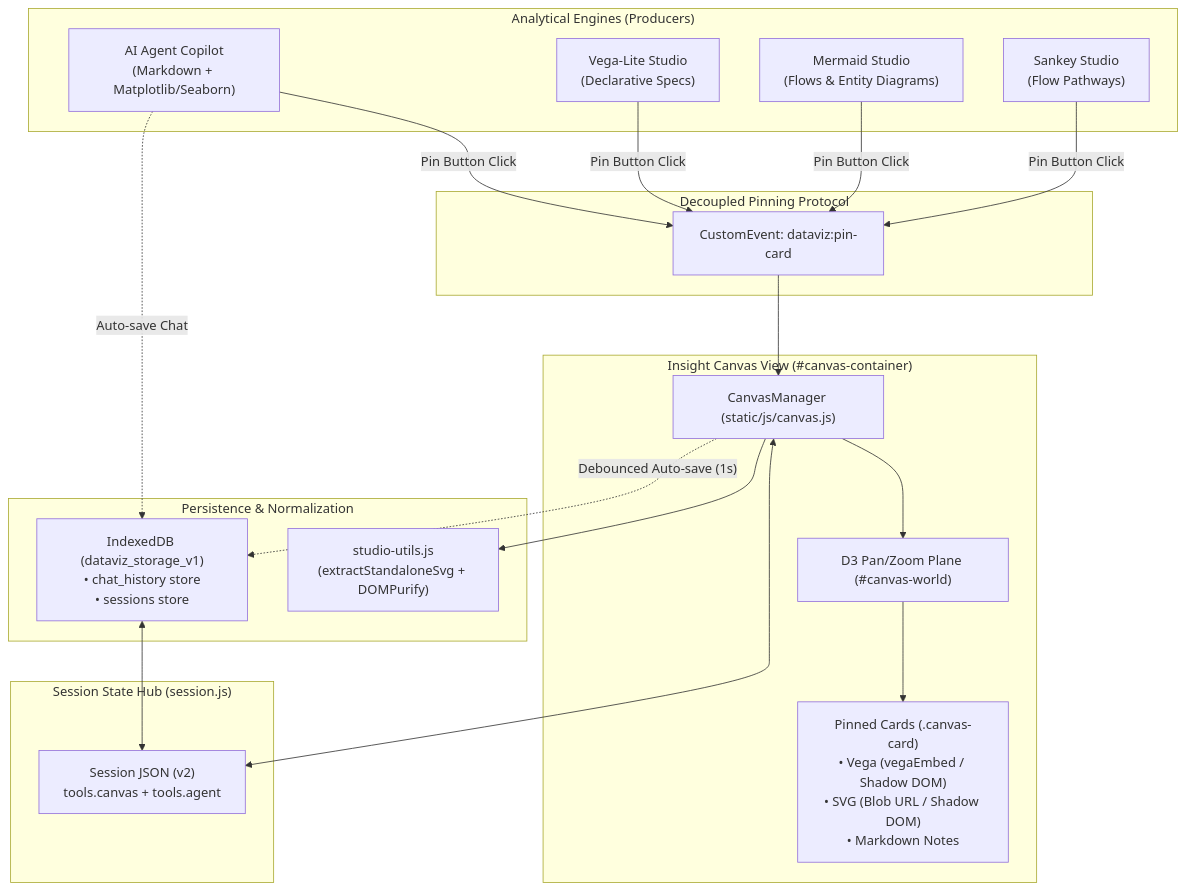
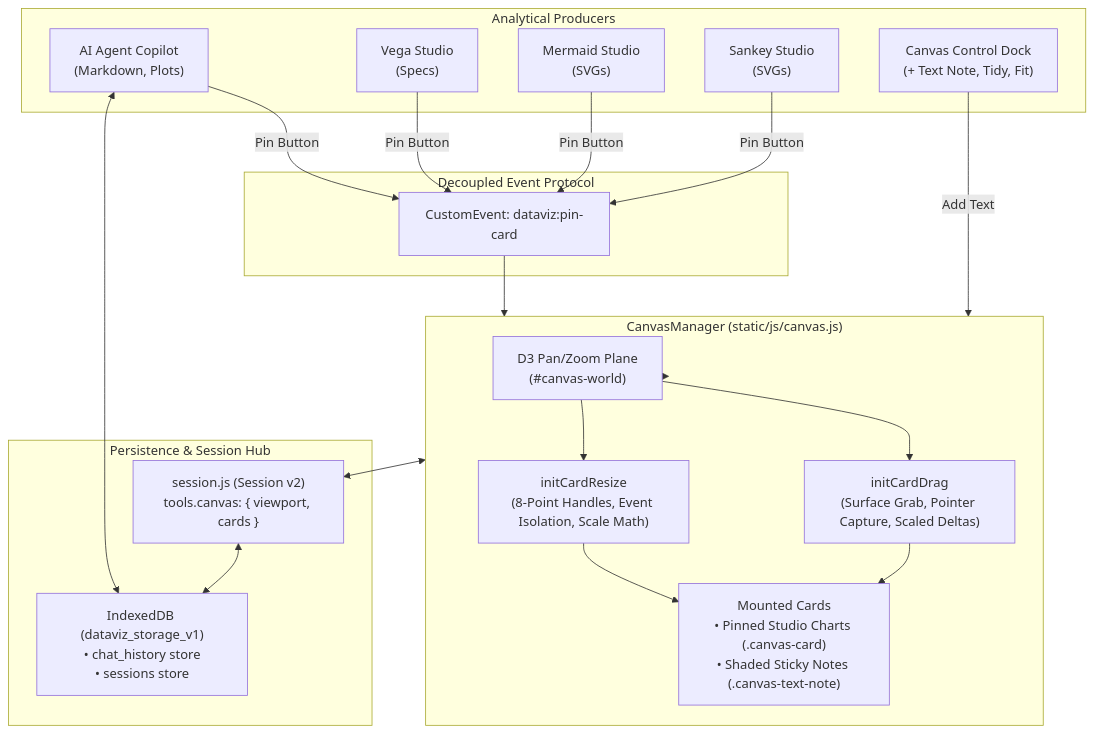
The diagram in design_draft.md (albortino/dataviz-agent), drawn with Mermaid before and after one commit. The commit also changed other lines of this file and 2 other files, not shown here.

Commit message:
docs(canvas): finalize design with Obsidian-style sticky notes and 8-point resizing

````diff
--- a/design_draft.md
+++ b/design_draft.md
@@ -83,44 +96,43 @@
 ```mermaid
 flowchart TD
-    subgraph DataSources["Analytical Engines (Producers)"]
-        AgentChat["AI Agent Copilot<br/>(Markdown + Matplotlib/Seaborn)"]
-        VegaStudio["Vega-Lite Studio<br/>(Declarative Specs)"]
-        MermaidStudio["Mermaid Studio<br/>(Flows & Entity Diagrams)"]
-        SankeyStudio["Sankey Studio<br/>(Flow Pathways)"]
+    subgraph Producers["Analytical Producers"]
+        AgentChat["AI Agent Copilot<br/>(Markdown, Plots)"]
+        VegaStudio["Vega Studio<br/>(Specs)"]
+        MermaidStudio["Mermaid Studio<br/>(SVGs)"]
+        SankeyStudio["Sankey Studio<br/>(SVGs)"]
+        Dock["Canvas Control Dock<br/>(+ Text Note, Tidy, Fit)"]
     end
 
-    subgraph EventBus["Decoupled Pinning Protocol"]
+    subgraph EventBus["Decoupled Event Protocol"]
         PinEvent["CustomEvent: dataviz:pin-card"]
     end
 
-    subgraph StorageLayer["Persistence & Normalization"]
-        IndexedDB["IndexedDB (dataviz_storage_v1)<br/>• chat_history store<br/>• sessions store"]
-        SVGUtils["studio-utils.js<br/>(extractStandaloneSvg + DOMPurify)"]
+    subgraph CanvasRuntime["CanvasManager (static/js/canvas.js)"]
+        D3Viewport["D3 Pan/Zoom Plane<br/>(#canvas-world)"]
+        DragHandler["initCardDrag<br/>(Surface Grab, Pointer Capture, Scaled Deltas)"]
+        ResizeHandler["initCardResize<br/>(8-Point Handles, Event Isolation, Scale Math)"]
+        Cards["Mounted Cards<br/>• Pinned Studio Charts (.canvas-card)<br/>• Shaded Sticky Notes (.canvas-text-note)"]
     end
 
-    subgraph CanvasRuntime["Insight Canvas View (#canvas-container)"]
-        CanvasMgr["CanvasManager (static/js/canvas.js)"]
-        D3Viewport["D3 Pan/Zoom Plane (#canvas-world)"]
-        Cards["Pinned Cards (.canvas-card)<br/>• Vega (vegaEmbed / Shadow DOM)<br/>• SVG (Blob URL / Shadow DOM)<br/>• Markdown Notes"]
+    subgraph Persistence["Persistence & Session Hub"]
+        StorageDB["IndexedDB (dataviz_storage_v1)<br/>• chat_history store<br/>• sessions store"]
+        SessionJS["session.js (Session v2)<br/>tools.canvas: { viewport, cards }"]
     end
 
-    subgraph SessionExport["Session State Hub (session.js)"]
-        SessionJSON["Session JSON (v2)<br/>tools.canvas + tools.agent"]
-    end
+    AgentChat -- "Pin Button" --> PinEvent
+    VegaStudio -- "Pin Button" --> PinEvent
+    MermaidStudio -- "Pin Button" --> PinEvent
+    SankeyStudio -- "Pin Button" --> PinEvent
+    Dock -- "Add Text" --> CanvasRuntime
 
-    AgentChat -- "Pin Button Click" --> PinEvent
-    VegaStudio -- "Pin Button Click" --> PinEvent
-    MermaidStudio -- "Pin Button Click" --> PinEvent
-    SankeyStudio -- "Pin Button Click" --> PinEvent
+    PinEvent --> CanvasRuntime
+    CanvasRuntime --> D3Viewport
+    D3Viewport --> DragHandler
+    D3Viewport --> ResizeHandler
+    DragHandler --> Cards
+    ResizeHandler --> Cards
 
-    PinEvent --> CanvasMgr
-    CanvasMgr --> SVGUtils
-    CanvasMgr --> D3Viewport
-    D3Viewport --> Cards
-
-    AgentChat -. "Auto-save Chat" .-> IndexedDB
-    CanvasMgr -. "Debounced Auto-save (1s)" .-> IndexedDB
-
-    CanvasMgr <--> SessionJSON
-    IndexedDB <--> SessionJSON
+    CanvasRuntime <--> SessionJS
+    AgentChat <--> StorageDB
+    SessionJS <--> StorageDB
 ```
````
